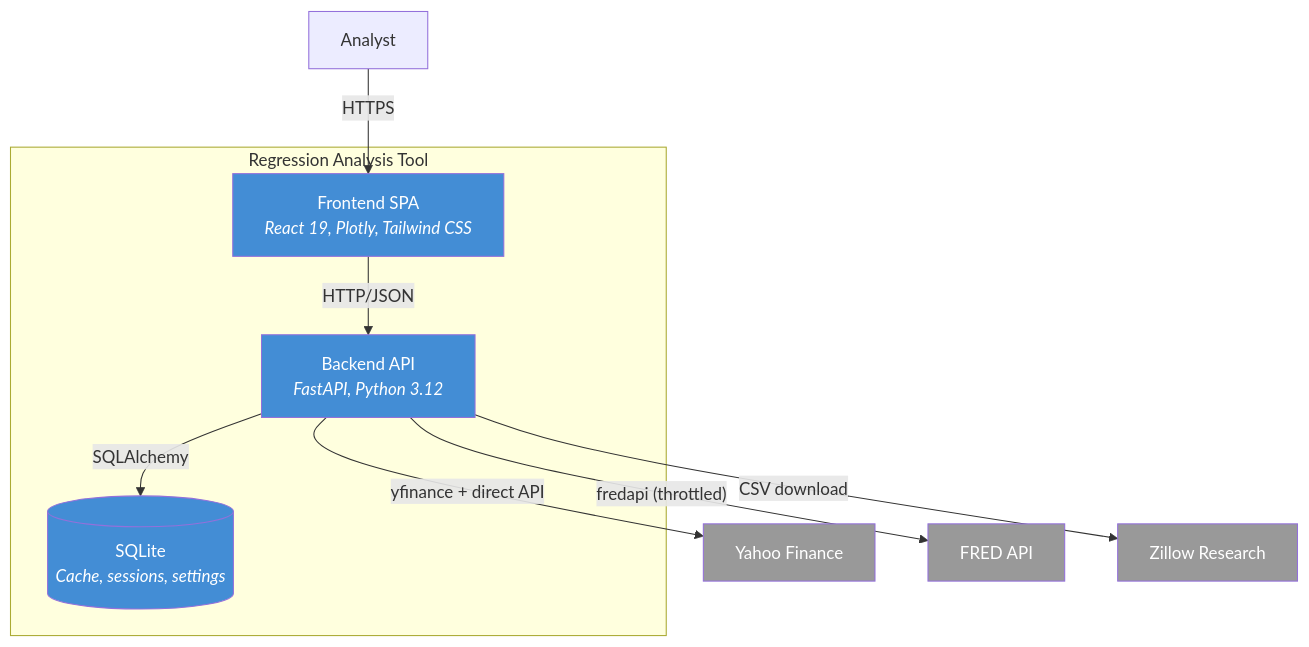
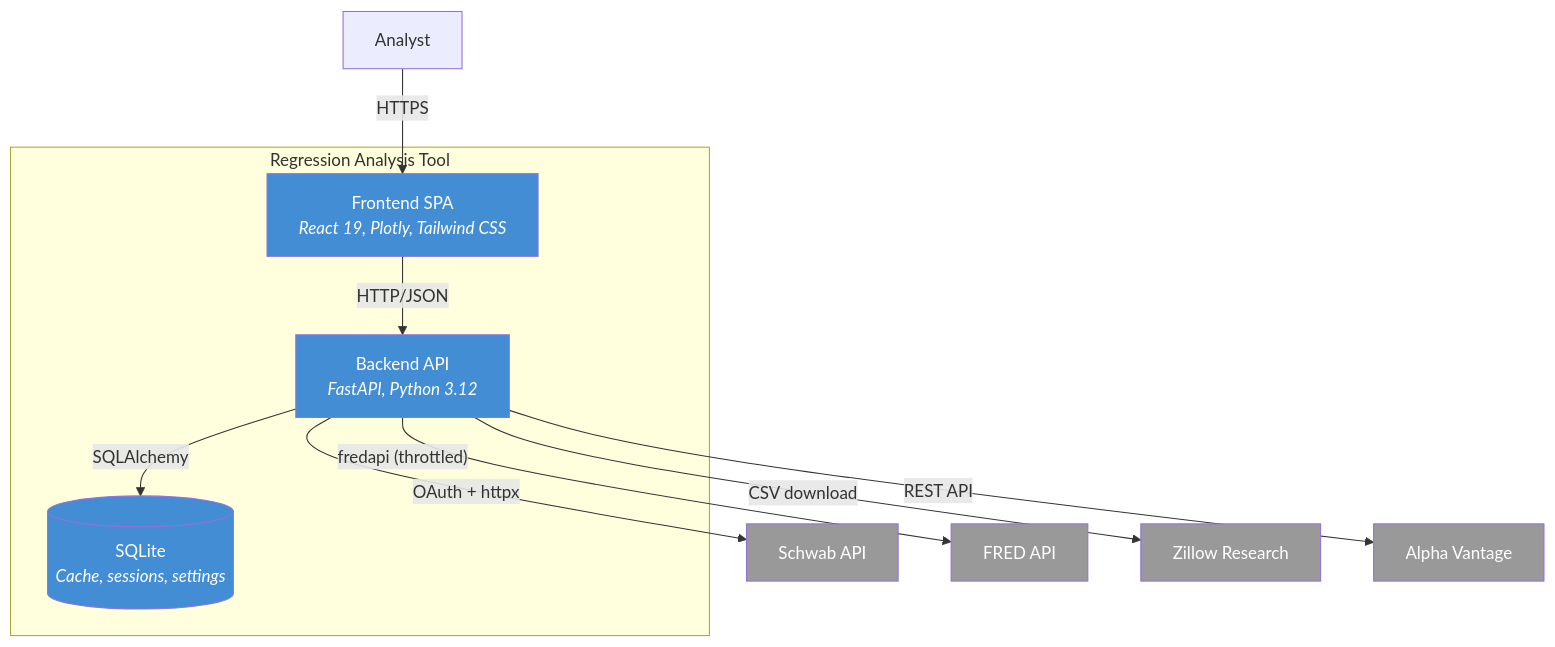
One commit to ssandy33/regress changed the second of 4 diagrams in README.md. Above: the diagram before and after it, drawn with Mermaid. The commit also changed other lines of this file and 19 other files, not shown here.

First line of the commit message:
Replace yfinance with Alpha Vantage for earnings dates (#8)

````diff
--- a/README.md
+++ b/README.md
@@ -111,28 +117,31 @@
 ```mermaid
 graph TB
     User["Analyst"]
 
     subgraph sys ["Regression Analysis Tool"]
         Frontend["Frontend SPA<br/><i>React 19, Plotly, Tailwind CSS</i>"]
         Backend["Backend API<br/><i>FastAPI, Python 3.12</i>"]
         DB[("SQLite<br/><i>Cache, sessions, settings</i>")]
     end
 
-    Yahoo["Yahoo Finance"]
+    Schwab["Schwab API"]
     FRED["FRED API"]
     Zillow["Zillow Research"]
+    AV["Alpha Vantage"]
 
     User -->|"HTTPS"| Frontend
     Frontend -->|"HTTP/JSON"| Backend
     Backend -->|"SQLAlchemy"| DB
-    Backend -->|"yfinance + direct API"| Yahoo
+    Backend -->|"OAuth + httpx"| Schwab
     Backend -->|"fredapi (throttled)"| FRED
     Backend -->|"CSV download"| Zillow
+    Backend -->|"REST API"| AV
 
     style Frontend fill:#438DD5,color:#fff
     style Backend fill:#438DD5,color:#fff
     style DB fill:#438DD5,color:#fff
-    style Yahoo fill:#999,color:#fff
+    style Schwab fill:#999,color:#fff
+    style AV fill:#999,color:#fff
     style FRED fill:#999,color:#fff
     style Zillow fill:#999,color:#fff
 ```
````
